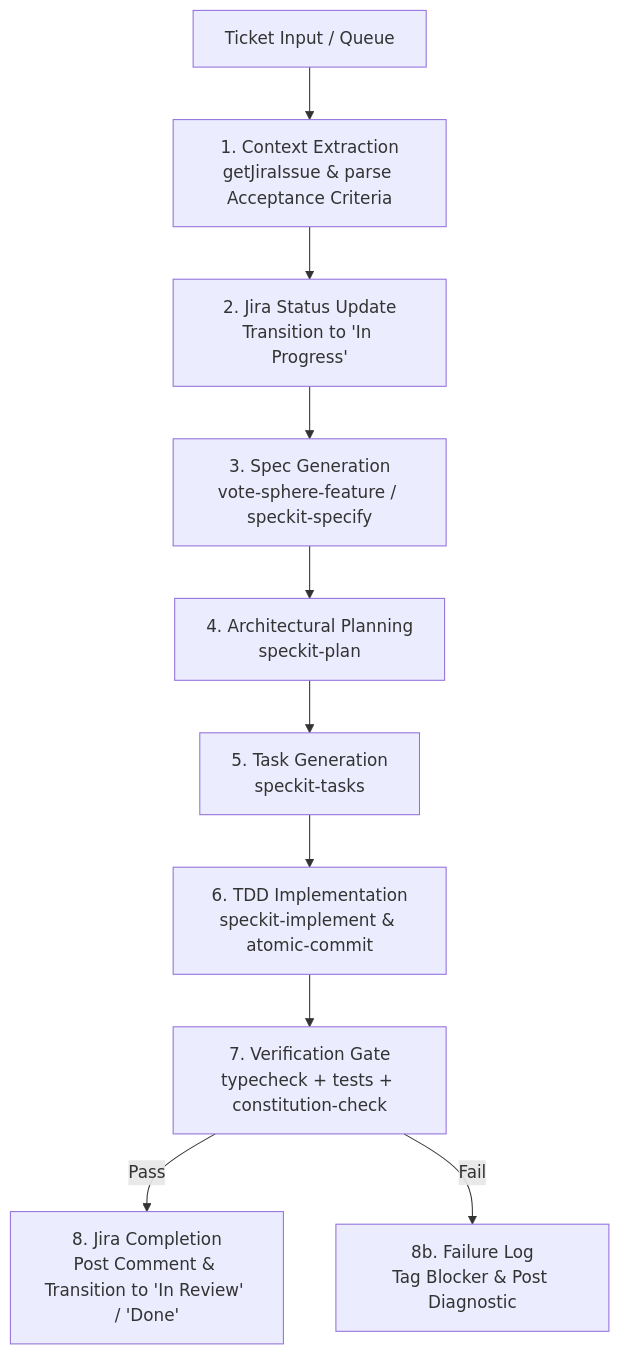
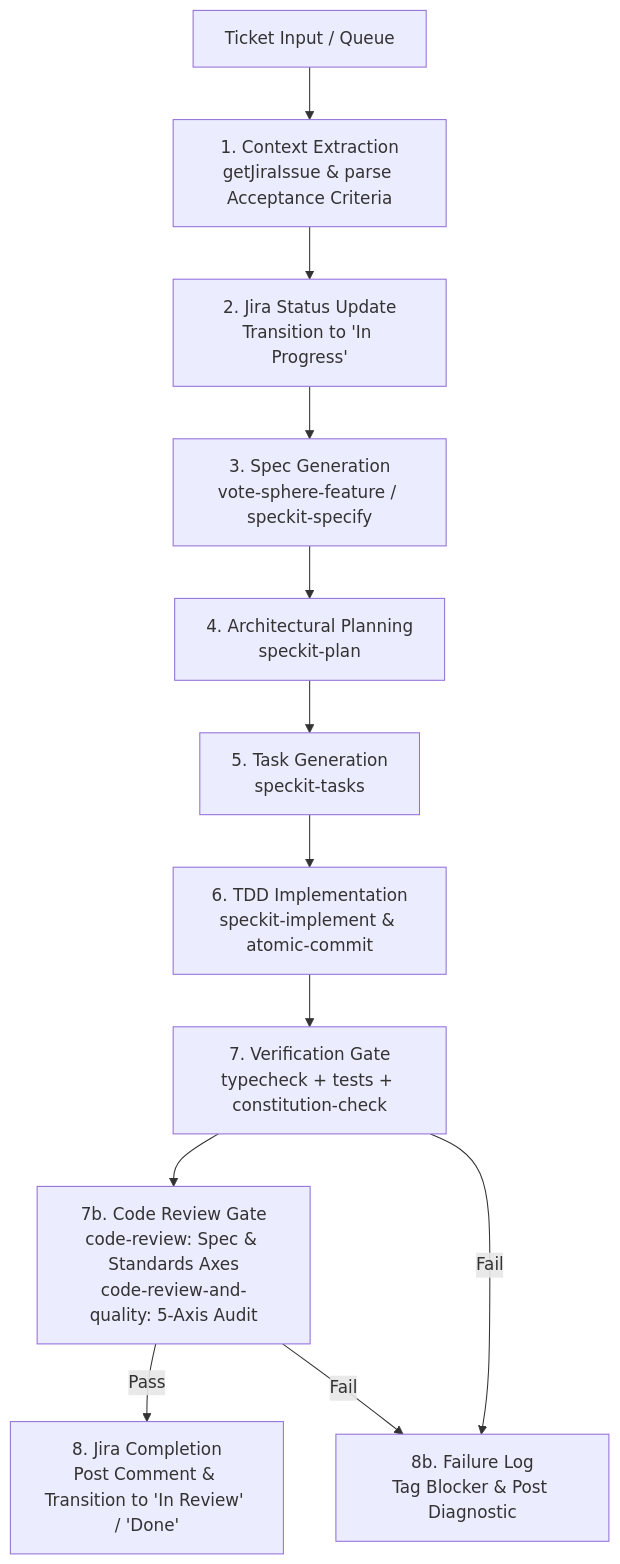
One commit to roselletabuena/electa-fullstack changed the diagram in .agents/skills/speckit-multi-implement/SKILL.md. Above: the diagram before and after it, drawn with Mermaid. The commit also changed other lines of this file and 5 other files, not shown here.

First line of the commit message:
feat(speckit): integrate automated code review gates into speckit workflow

````diff
--- a/.agents/skills/speckit-multi-implement/SKILL.md
+++ b/.agents/skills/speckit-multi-implement/SKILL.md
@@ -29,12 +29,14 @@
 ```mermaid
 flowchart TD
     A[Ticket Input / Queue] --> B[1. Context Extraction\ngetJiraIssue & parse Acceptance Criteria]
     B --> C[2. Jira Status Update\nTransition to 'In Progress']
     C --> D[3. Spec Generation\nvote-sphere-feature / speckit-specify]
     D --> E[4. Architectural Planning\nspeckit-plan]
     E --> F[5. Task Generation\nspeckit-tasks]
     F --> G[6. TDD Implementation\nspeckit-implement & atomic-commit]
     G --> H[7. Verification Gate\ntypecheck + tests + constitution-check]
-    H -->|Pass| I[8. Jira Completion\nPost Comment & Transition to 'In Review' / 'Done']
-    H -->|Fail| J[8b. Failure Log\nTag Blocker & Post Diagnostic]
+    H --> CR[7b. Code Review Gate\ncode-review: Spec & Standards Axes\ncode-review-and-quality: 5-Axis Audit]
+    CR -->|Pass| I[8. Jira Completion\nPost Comment & Transition to 'In Review' / 'Done']
+    CR -->|Fail| J[8b. Failure Log\nTag Blocker & Post Diagnostic]
+    H -->|Fail| J
 ```
````
